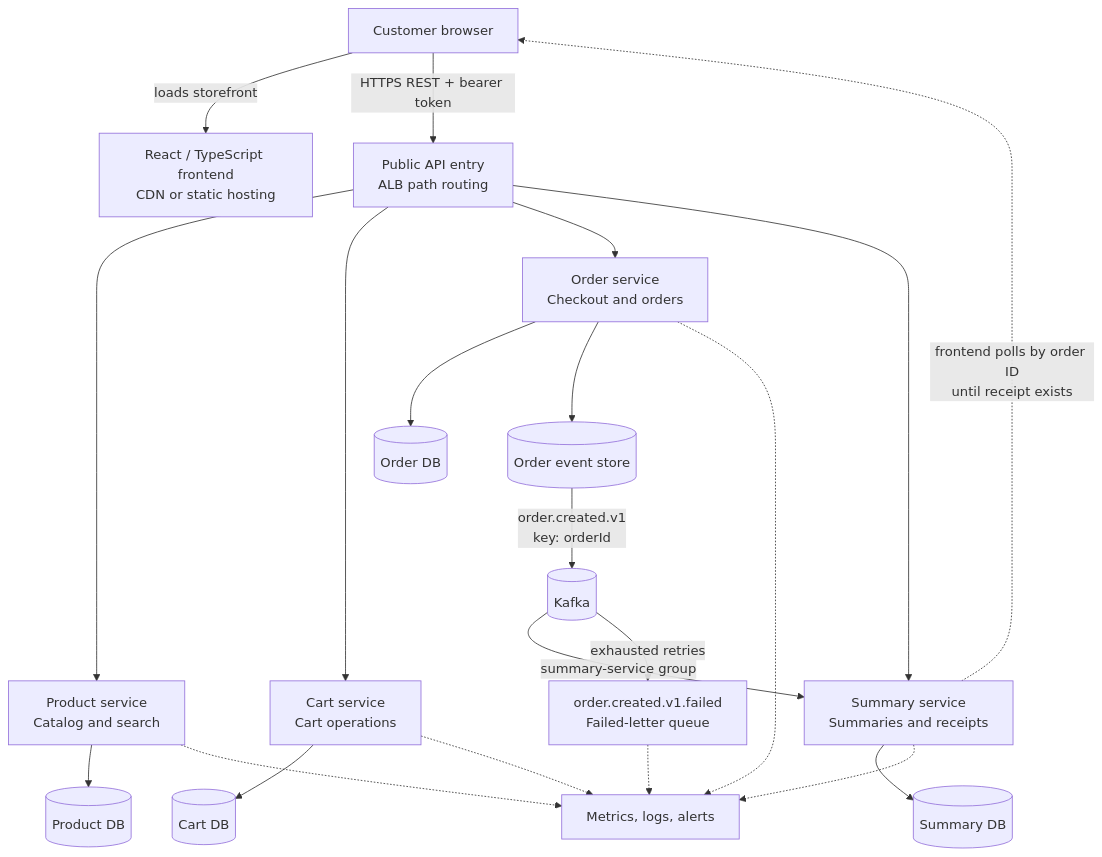
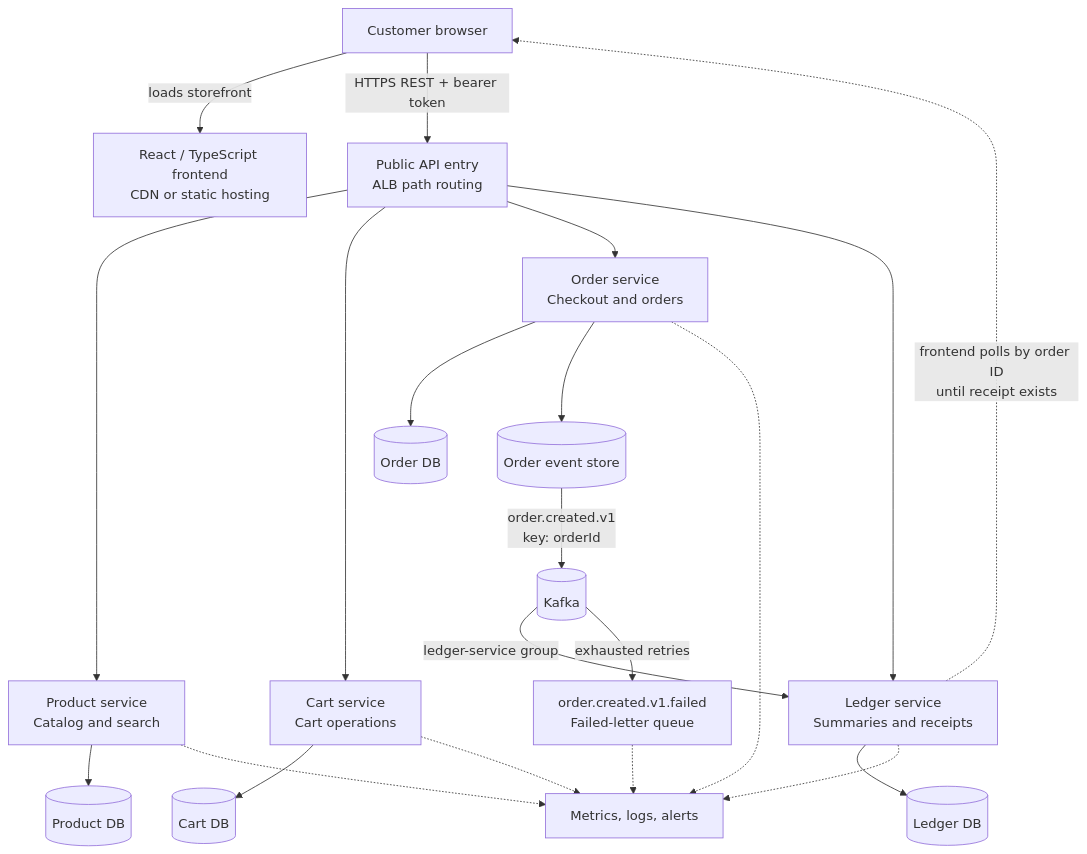
The first of 3 diagrams in README.md (tukue/grocery-microservices), drawn with Mermaid before and after one commit. The commit also changed other lines of this file and 63 other files, not shown here.

First line of the commit message:
Feature/rename summary to ledger service (#76)

````diff
--- a/README.md
+++ b/README.md
@@ -25,26 +25,26 @@
 ```mermaid
 flowchart TB
     Customer[Customer browser] -->|loads storefront| Frontend[React / TypeScript frontend\nCDN or static hosting]
     Customer -->|HTTPS REST + bearer token| Api[Public API entry\nALB path routing]
 
     Api --> Product[Product service\nCatalog and search]
     Api --> Cart[Cart service\nCart operations]
     Api --> Order[Order service\nCheckout and orders]
-    Api --> Summary[Summary service\nSummaries and receipts]
+    Api --> Summary[Ledger service\nSummaries and receipts]
 
     Product --> ProductDb[(Product DB)]
     Cart --> CartDb[(Cart DB)]
     Order --> OrderDb[(Order DB)]
     Order --> EventStore[(Order event store)]
     EventStore -->|order.created.v1\nkey: orderId| Kafka[(Kafka)]
-    Kafka -->|summary-service group| Summary
+    Kafka -->|ledger-service group| Summary
     Kafka -->|exhausted retries| FailedQueue[order.created.v1.failed\nFailed-letter queue]
-    Summary --> SummaryDb[(Summary DB)]
+    Summary --> SummaryDb[(Ledger DB)]
 
     Summary -.->|frontend polls by order ID\nuntil receipt exists| Customer
     Product -.-> Metrics[Metrics, logs, alerts]
     Cart -.-> Metrics
     Order -.-> Metrics
     Summary -.-> Metrics
     FailedQueue -.-> Metrics
 ```
````
